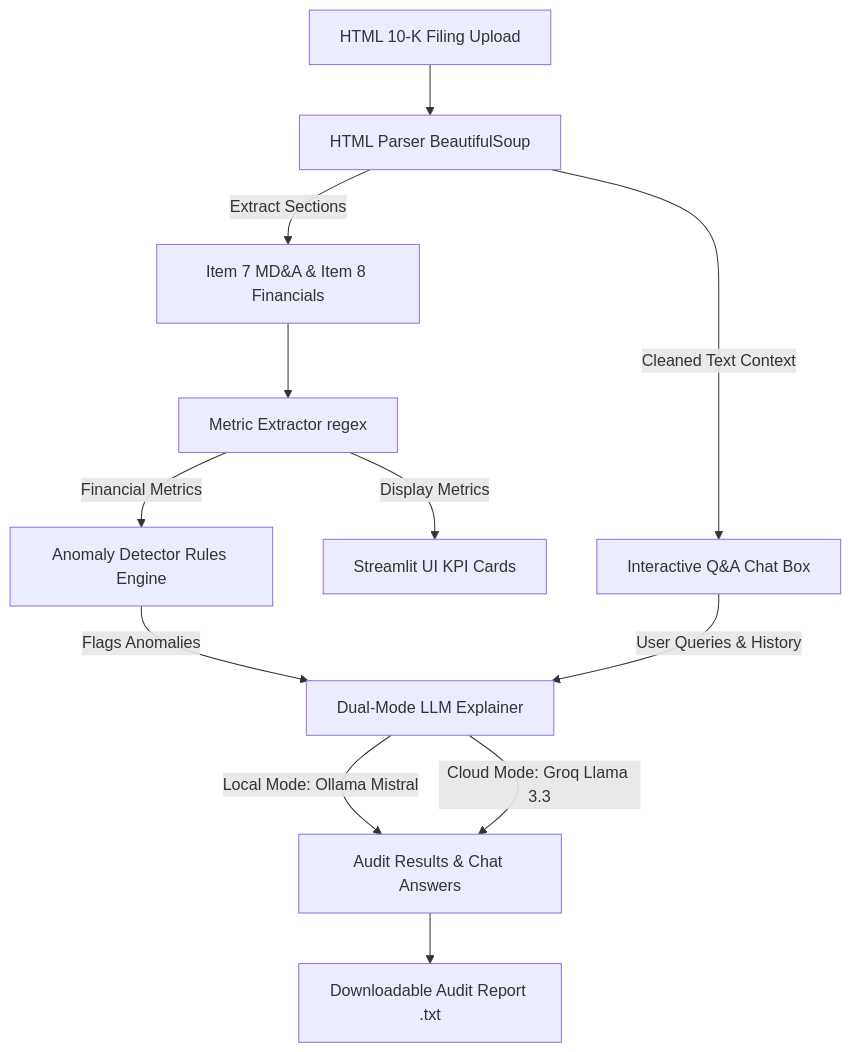
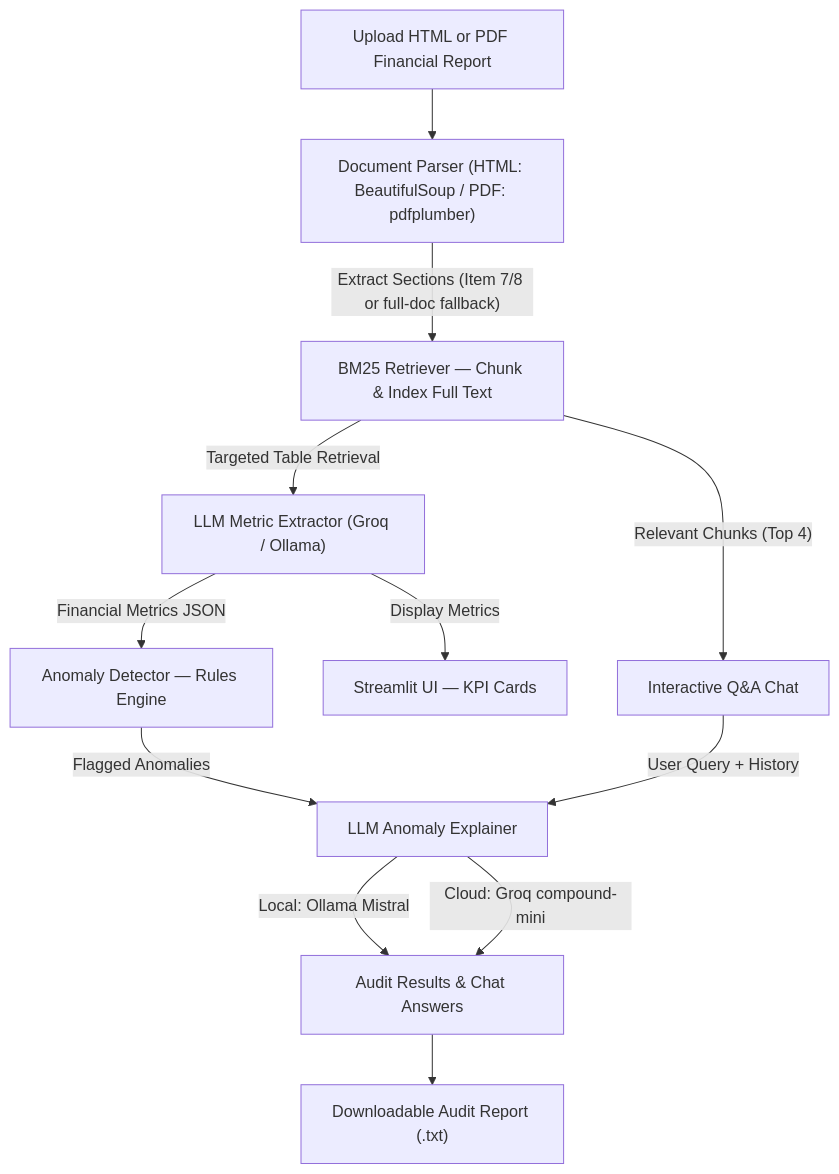
Before and after one commit to vickCoder7/llm_powered_financial_auditor: the diagram in README.md, drawn with Mermaid. The commit also changed other lines of this file, not shown here.

Commit message:
Update README to reflect RAG architecture, PDF support, and Groq rate-limit resilience

````diff
--- a/README.md
+++ b/README.md
@@ -16,14 +16,14 @@
 ```mermaid
 graph TD
-    A[HTML 10-K Filing Upload] --> B[HTML Parser BeautifulSoup]
-    B -->|Extract Sections| C[Item 7 MD&A & Item 8 Financials]
-    C --> D[Metric Extractor regex]
-    D -->|Financial Metrics| E[Anomaly Detector Rules Engine]
-    D -->|Display Metrics| H[Streamlit UI KPI Cards]
-    E -->|Flags Anomalies| F[Dual-Mode LLM Explainer]
-    B -->|Cleaned Text Context| J[Interactive Q&A Chat Box]
-    J -->|User Queries & History| F
-    F -->|Local Mode: Ollama Mistral| G[Audit Results & Chat Answers]
-    F -->|Cloud Mode: Groq Llama 3.3| G
-    G --> I[Downloadable Audit Report .txt]
+    A["Upload HTML or PDF Financial Report"] --> B["Document Parser (HTML: BeautifulSoup / PDF: pdfplumber)"]
+    B --> |"Extract Sections (Item 7/8 or full-doc fallback)"| C["BM25 Retriever — Chunk & Index Full Text"]
+    C --> |"Targeted Table Retrieval"| D["LLM Metric Extractor (Groq / Ollama)"]
+    D --> |"Financial Metrics JSON"| E["Anomaly Detector — Rules Engine"]
+    D --> |"Display Metrics"| H["Streamlit UI — KPI Cards"]
+    E --> |"Flagged Anomalies"| F["LLM Anomaly Explainer"]
+    C --> |"Relevant Chunks (Top 4)"| J["Interactive Q&A Chat"]
+    J --> |"User Query + History"| F
+    F --> |"Local: Ollama Mistral"| G["Audit Results & Chat Answers"]
+    F --> |"Cloud: Groq compound-mini"| G
+    G --> I["Downloadable Audit Report (.txt)"]
 ```
````
